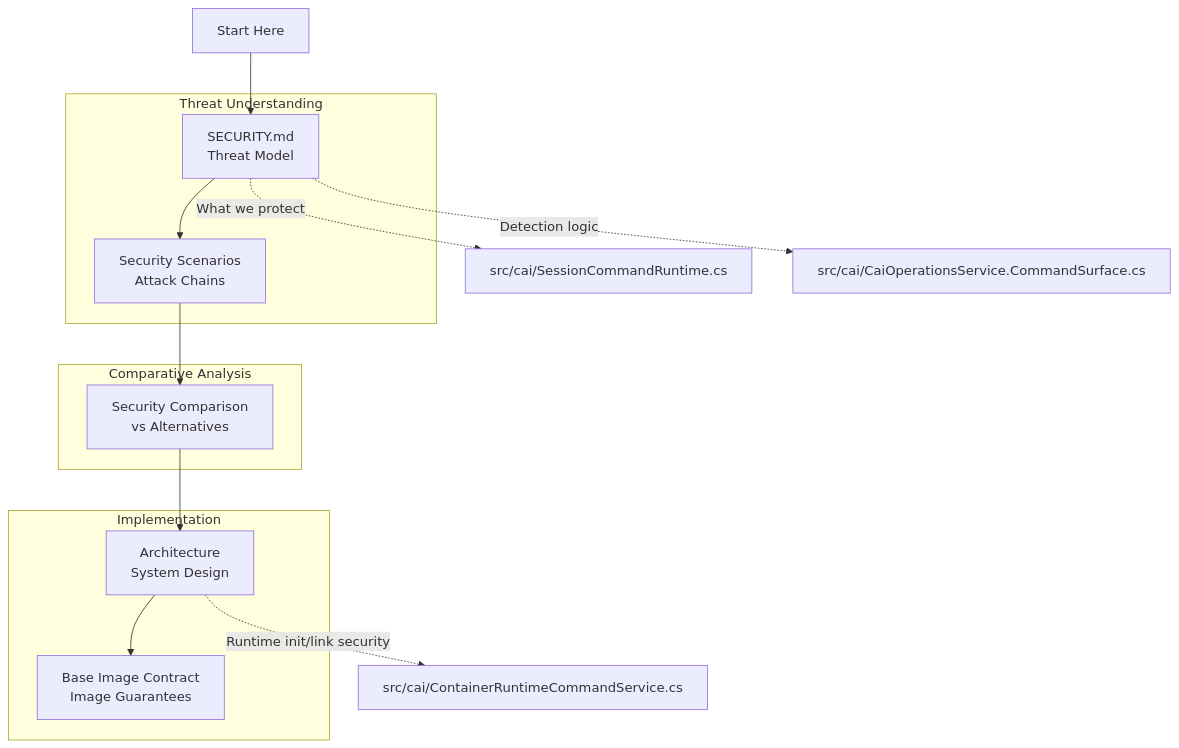
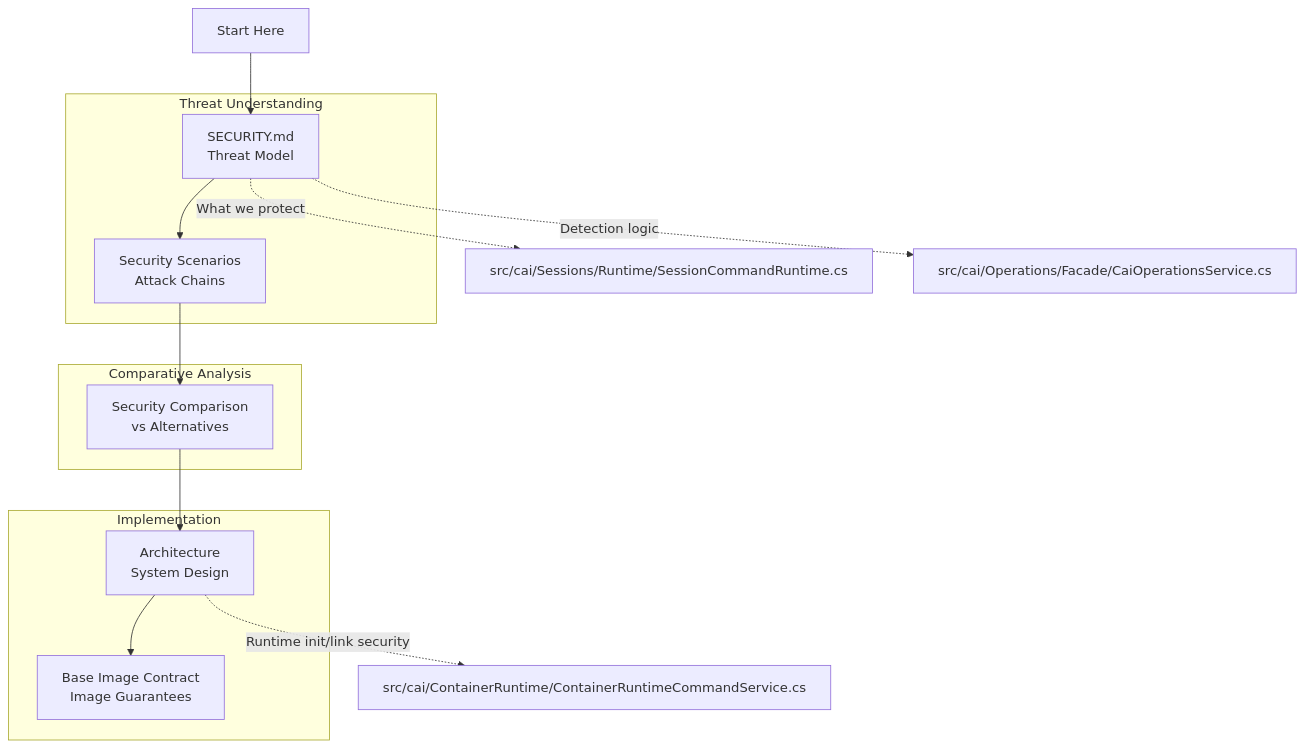
The diagram in docs/for-security-auditors.md (novotnyllc/ContainAI), drawn with Mermaid before and after one commit. The commit also changed other lines of this file and 10 other files, not shown here.

````diff
--- a/docs/for-security-auditors.md
+++ b/docs/for-security-auditors.md
@@ -23,34 +23,34 @@
 ```mermaid
 flowchart TD
 
     START["Start Here"]
     SM["SECURITY.md<br/>Threat Model"]
     SS["Security Scenarios<br/>Attack Chains"]
     SC["Security Comparison<br/>vs Alternatives"]
     ARCH["Architecture<br/>System Design"]
     BIC["Base Image Contract<br/>Image Guarantees"]
 
     START --> SM
     SM --> SS
     SS --> SC
     SC --> ARCH
     ARCH --> BIC
 
     subgraph threat["Threat Understanding"]
         SM
         SS
     end
 
     subgraph comparison["Comparative Analysis"]
         SC
     end
 
     subgraph implementation["Implementation"]
         ARCH
         BIC
     end
 
-    SM -.->|"What we protect"| SRC1["src/cai/SessionCommandRuntime.cs"]
-    SM -.->|"Detection logic"| SRC2["src/cai/CaiOperationsService.CommandSurface.cs"]
-    ARCH -.->|"Runtime init/link security"| SRC3["src/cai/ContainerRuntimeCommandService.cs"]
+    SM -.->|"What we protect"| SRC1["src/cai/Sessions/Runtime/SessionCommandRuntime.cs"]
+    SM -.->|"Detection logic"| SRC2["src/cai/Operations/Facade/CaiOperationsService.cs"]
+    ARCH -.->|"Runtime init/link security"| SRC3["src/cai/ContainerRuntime/ContainerRuntimeCommandService.cs"]
 ```
````
